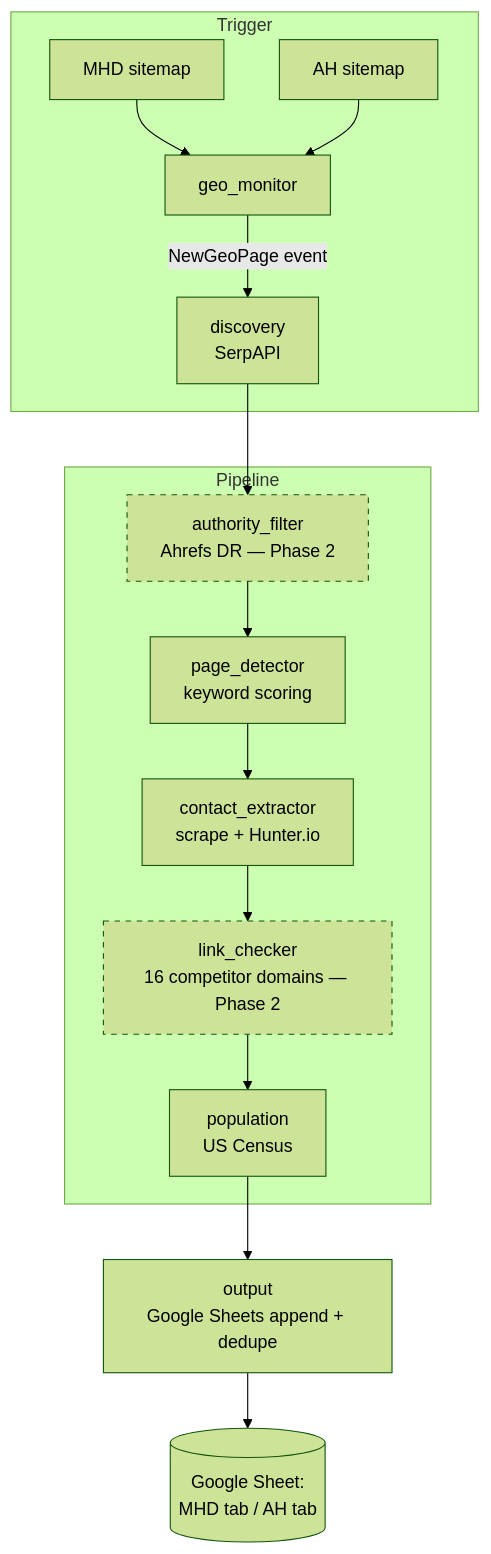
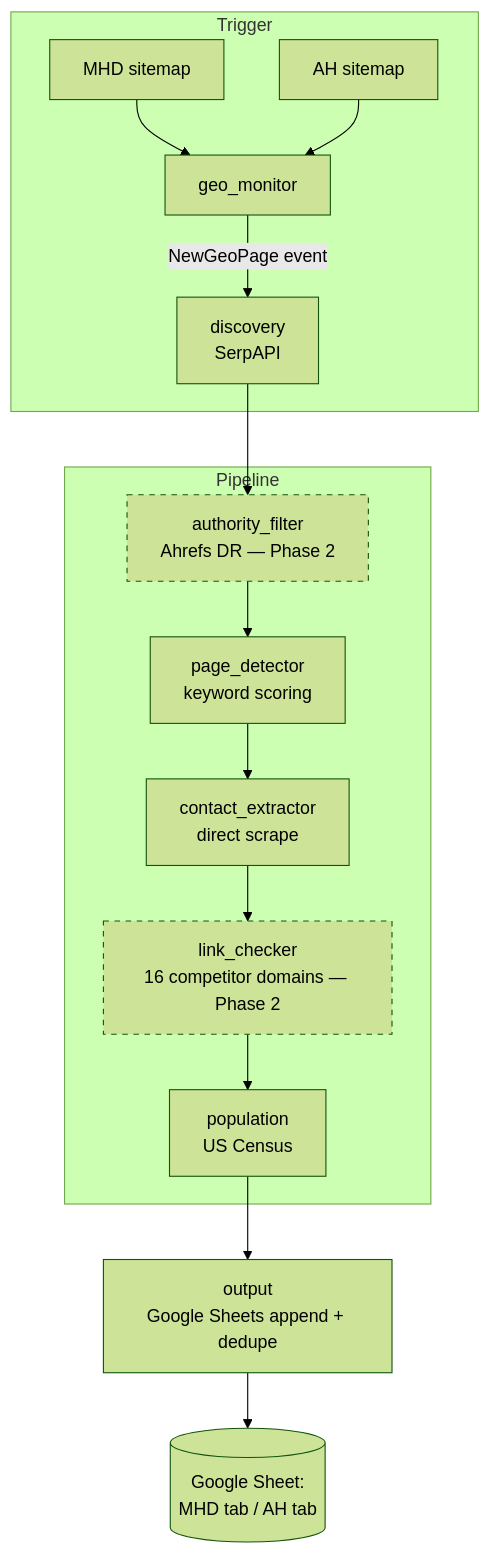
One commit to sydashir/mhd-authority-finder changed the diagram in docs/architecture.md. Above: the diagram before and after it, drawn with Mermaid (forest theme). The commit also changed other lines of this file and 1 other file, not shown here.

Commit message:
docs: drop hunter/apollo from mvp scope

````diff
--- a/docs/architecture.md
+++ b/docs/architecture.md
@@ -26,22 +26,22 @@
 ```mermaid
 flowchart TD
     subgraph Trigger
         A[MHD sitemap] --> M[geo_monitor]
         B[AH sitemap] --> M
         M -->|NewGeoPage event| D
     end
 
     subgraph Pipeline
         D[discovery<br/>SerpAPI] --> AF[authority_filter<br/>Ahrefs DR — Phase 2]
         AF --> P[page_detector<br/>keyword scoring]
-        P --> CE[contact_extractor<br/>scrape + Hunter.io]
+        P --> CE[contact_extractor<br/>direct scrape]
         CE --> LC[link_checker<br/>16 competitor domains — Phase 2]
         LC --> POP[population<br/>US Census]
     end
 
     POP --> O[output<br/>Google Sheets append + dedupe]
     O --> S[(Google Sheet:<br/>MHD tab / AH tab)]
 
     classDef phase2 stroke-dasharray: 5 5;
     class AF,LC phase2;
 ```
````
